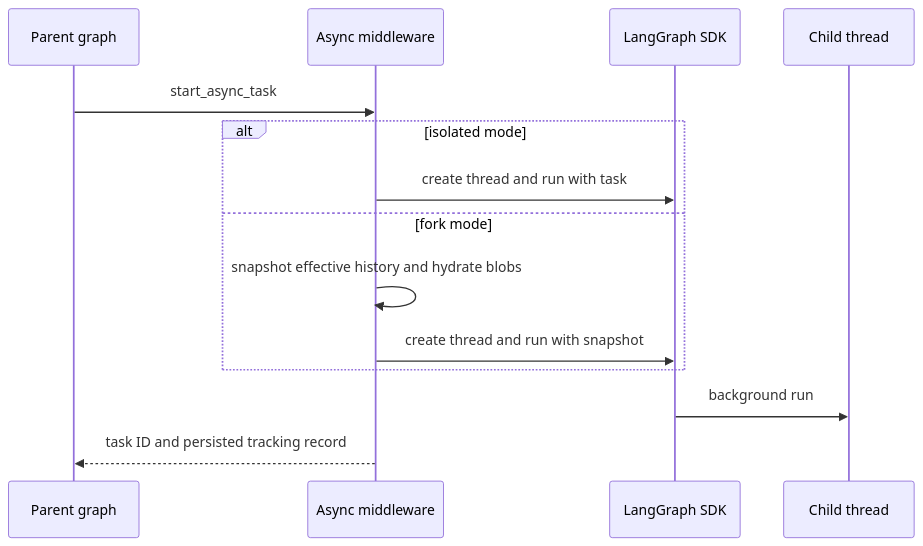
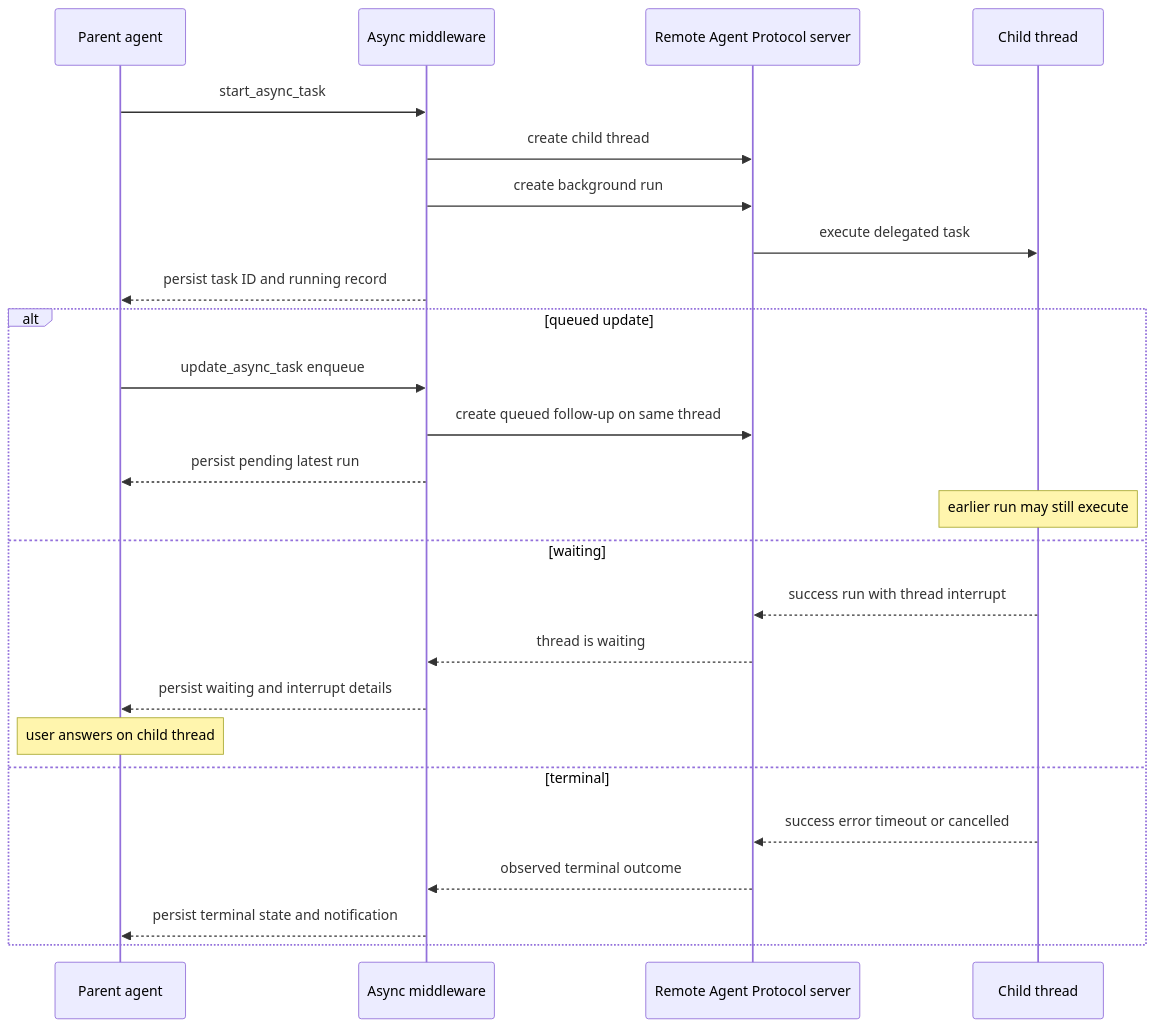
Before and after one commit to langchain-ai/deepagents: the third of 3 diagrams in openwiki/architecture/runtime-behavior.md, drawn with Mermaid. The commit also changed other lines of this file and 53 other files, not shown here.

````diff
--- a/openwiki/architecture/runtime-behavior.md
+++ b/openwiki/architecture/runtime-behavior.md
@@ -90,16 +100,27 @@
 ```mermaid
 sequenceDiagram
-    participant Parent as Parent graph
+    participant Parent as Parent agent
     participant Middleware as Async middleware
-    participant SDK as LangGraph SDK
+    participant Remote as Remote Agent Protocol server
     participant Child as Child thread
     Parent->>Middleware: start_async_task
-    alt isolated mode
-        Middleware->>SDK: create thread and run with task
-    else fork mode
-        Middleware->>Middleware: snapshot effective history and hydrate blobs
-        Middleware->>SDK: create thread and run with snapshot
+    Middleware->>Remote: create child thread
+    Middleware->>Remote: create background run
+    Remote->>Child: execute delegated task
+    Middleware-->>Parent: persist task ID and running record
+    alt queued update
+        Parent->>Middleware: update_async_task enqueue
+        Middleware->>Remote: create queued follow-up on same thread
+        Middleware-->>Parent: persist pending latest run
+        Note over Child: earlier run may still execute
+    else waiting
+        Child-->>Remote: success run with thread interrupt
+        Remote-->>Middleware: thread is waiting
+        Middleware-->>Parent: persist waiting and interrupt details
+        Note over Parent: user answers on child thread
+    else terminal
+        Child-->>Remote: success error timeout or cancelled
+        Remote-->>Middleware: observed terminal outcome
+        Middleware-->>Parent: persist terminal state and notification
     end
-    SDK->>Child: background run
-    Middleware-->>Parent: task ID and persisted tracking record
 ```
````
